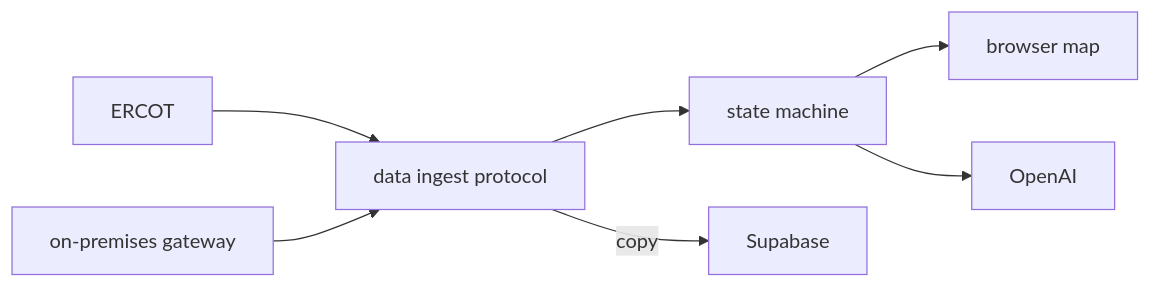
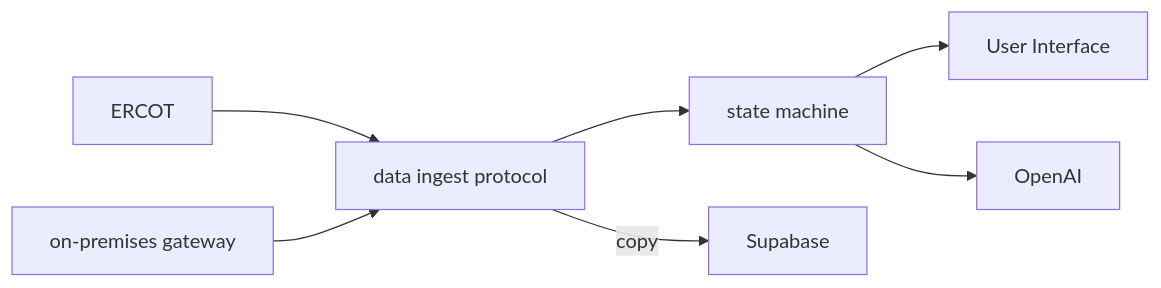
Before and after one commit to alkarboly/grid-state-machine: the diagram in README.md, drawn with Mermaid. The commit also changed other lines of this file and 8 other files, not shown here.

Commit message:
Shorten architecture copy

````diff
--- a/README.md
+++ b/README.md
@@ -90,9 +90,9 @@
 ```mermaid
 flowchart LR
   ERCOT --> ingest[data ingest protocol]
   gateway[on-premises gateway] --> ingest
   ingest --> machine[state machine]
   ingest -->|copy| supabase[Supabase]
-  machine --> map[browser map]
+  machine --> map[User Interface]
   machine --> openai[OpenAI]
 ```
````
